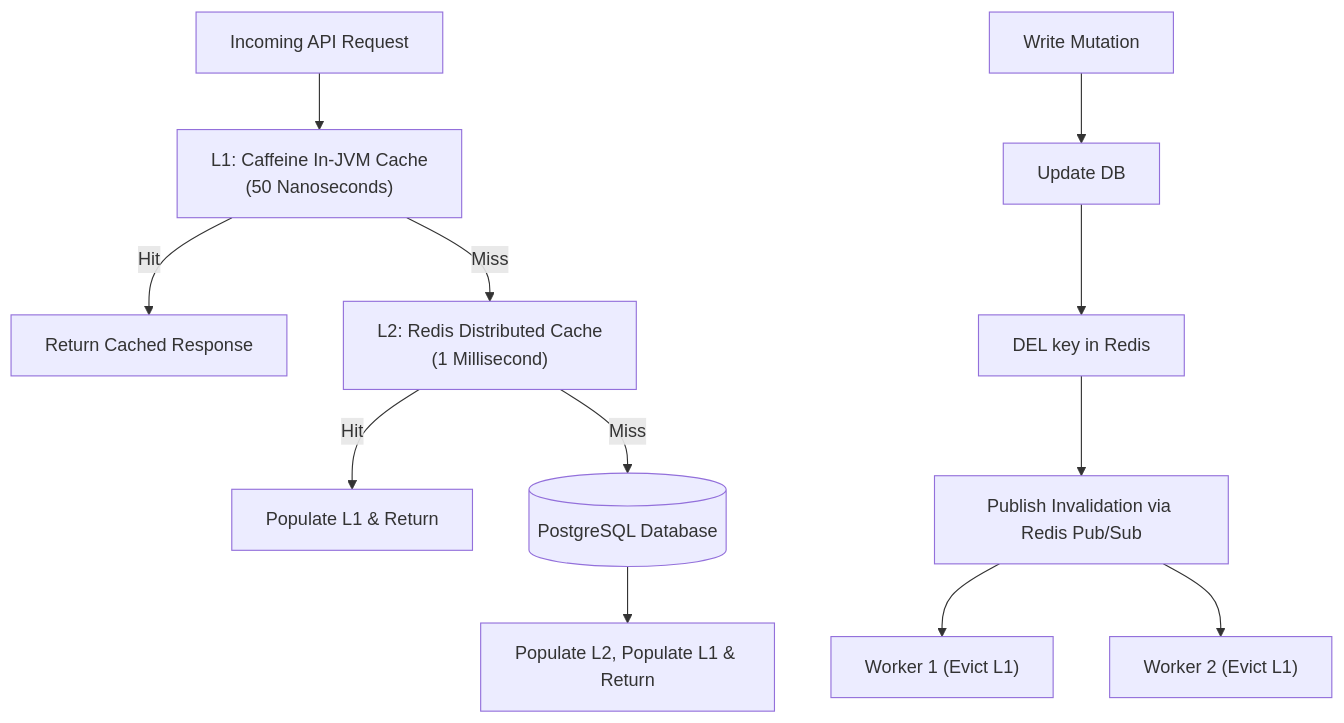
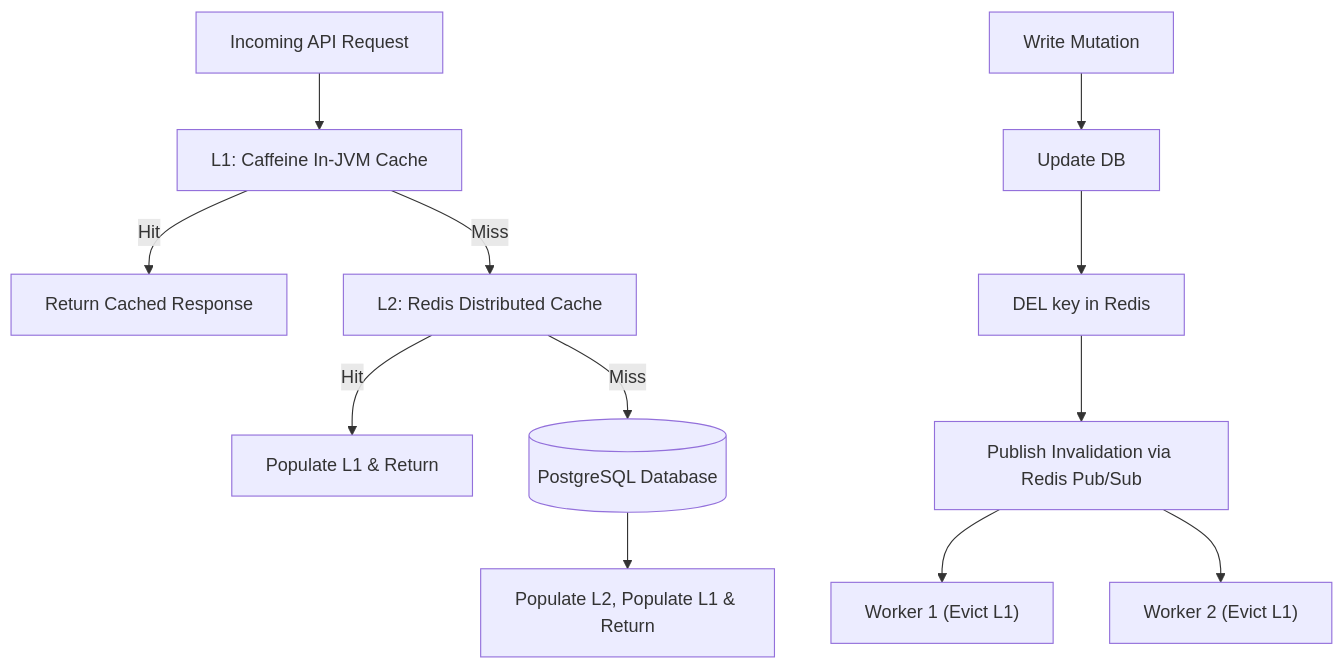
One commit to weaponxwolf/backend-engineering-mastry changed the sixth of 6 diagrams in docs/production/caching.mdx. Above: the diagram before and after it, drawn with Mermaid. The commit also changed other lines of this file and 83 other files, not shown here.

````diff
--- a/docs/production/caching.mdx
+++ b/docs/production/caching.mdx
@@ -329,15 +337,15 @@
 ```mermaid
 flowchart TD
-    Req["Incoming API Request"] --> L1["L1: Caffeine In-JVM Cache\n(50 Nanoseconds)"]
+    Req["Incoming API Request"] --> L1["L1: Caffeine In-JVM Cache"]
     L1 -->|Hit| Res1["Return Cached Response"]
-    L1 -->|Miss| L2["L2: Redis Distributed Cache\n(1 Millisecond)"]
+    L1 -->|Miss| L2["L2: Redis Distributed Cache"]
     L2 -->|Hit| Res2["Populate L1 & Return"]
     L2 -->|Miss| DB[(PostgreSQL Database)]
     DB --> Res3["Populate L2, Populate L1 & Return"]
 
     Mutation["Write Mutation"] --> DB_Write["Update DB"]
     DB_Write --> Redis_Evict["DEL key in Redis"]
     Redis_Evict --> PubSub["Publish Invalidation via Redis Pub/Sub"]
     PubSub --> Worker1["Worker 1 (Evict L1)"]
     PubSub --> Worker2["Worker 2 (Evict L1)"]
 ```
````
